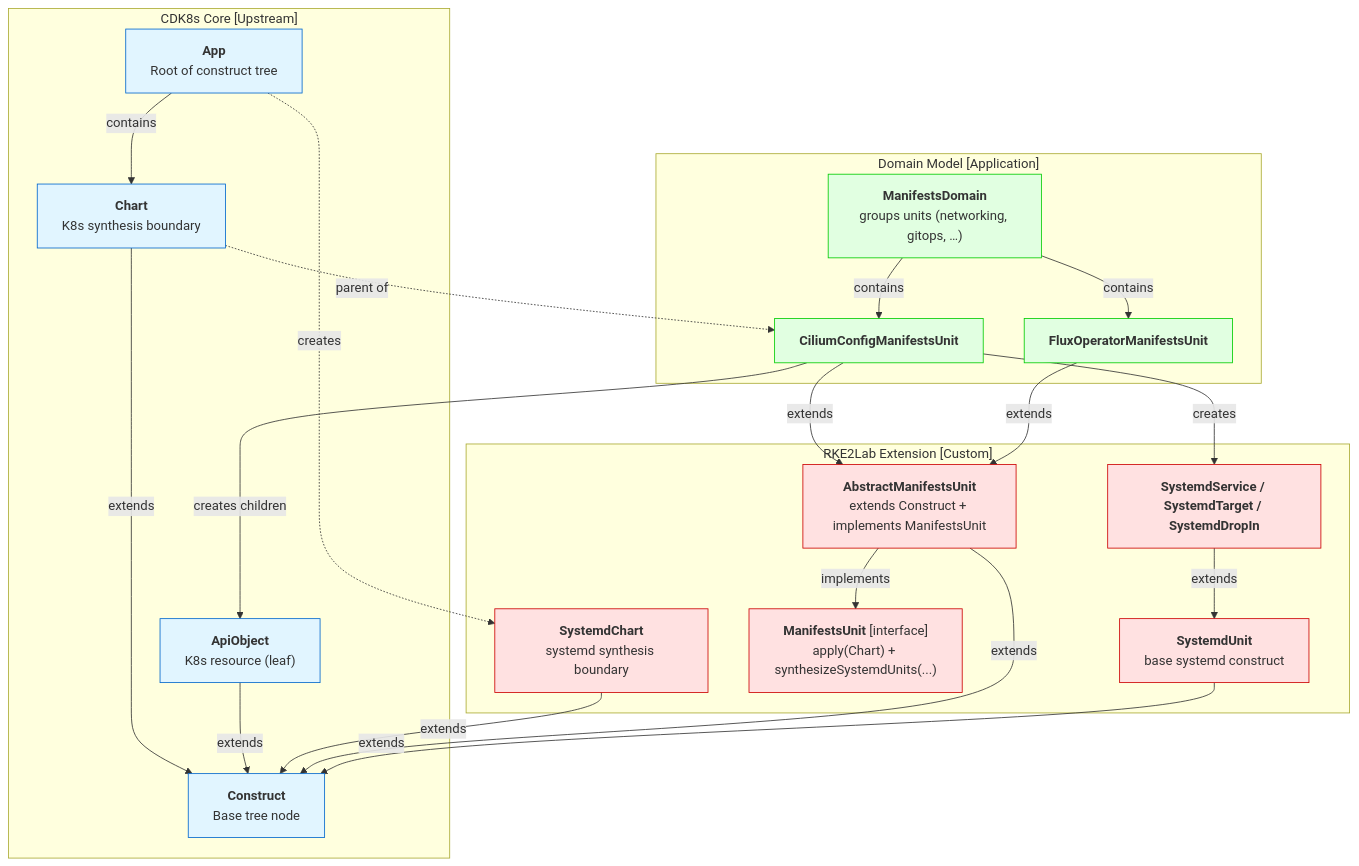
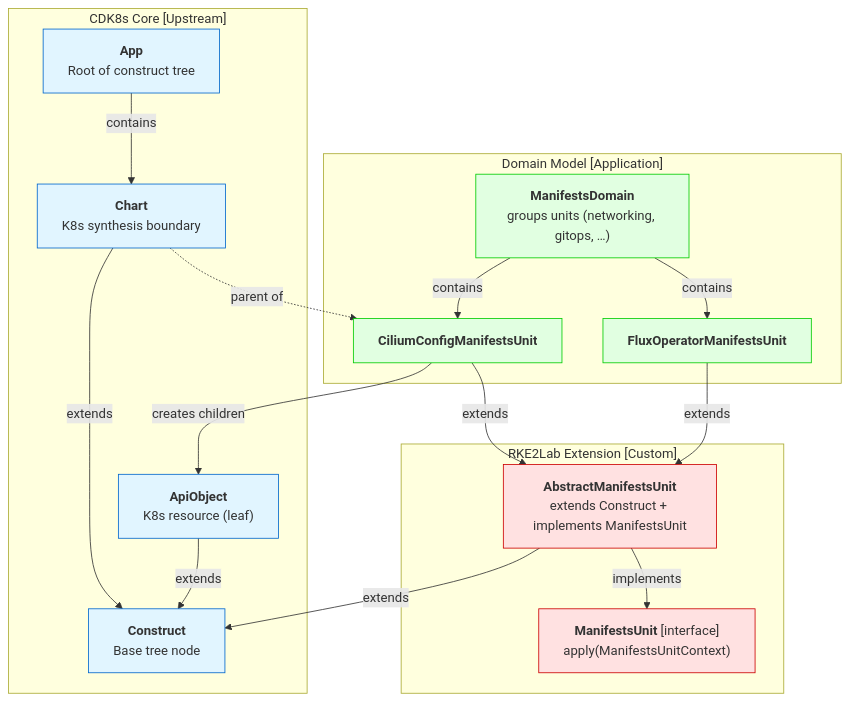
One commit to nxmatic/rke2lab changed the second of 6 diagrams in docs/architecture/manifests/manifests-architecture.adoc. Above: the diagram before and after it, drawn with Mermaid. The commit also changed other lines of this file and 114 other files, not shown here.

```diff
--- a/docs/architecture/manifests/manifests-architecture.adoc
+++ b/docs/architecture/manifests/manifests-architecture.adoc
@@ -274,57 +250,46 @@
 [mermaid]
 ----
 graph TB
     subgraph "CDK8s Core [Upstream]"
         CDK8sApp["<b>App</b><br/>Root of construct tree"]
         CDK8sChart["<b>Chart</b><br/>K8s synthesis boundary"]
         CDK8sConstruct["<b>Construct</b><br/>Base tree node"]
         CDK8sApiObject["<b>ApiObject</b><br/>K8s resource (leaf)"]
 
         CDK8sApp -->|contains| CDK8sChart
         CDK8sChart -->|extends| CDK8sConstruct
         CDK8sApiObject -->|extends| CDK8sConstruct
     end
 
     subgraph "RKE2Lab Extension [Custom]"
-        SystemdChart["<b>SystemdChart</b><br/>systemd synthesis boundary"]
         Abstract["<b>AbstractManifestsUnit</b><br/>extends Construct + implements ManifestsUnit"]
-        Iface["<b>ManifestsUnit</b> [interface]<br/>apply(Chart) + synthesizeSystemdUnits(...)"]
-        SystemdUnit["<b>SystemdUnit</b><br/>base systemd construct"]
-        SystemdService["<b>SystemdService / SystemdTarget / SystemdDropIn</b>"]
+        Iface["<b>ManifestsUnit</b> [interface]<br/>apply(ManifestsUnitContext)"]
 
-        SystemdChart -->|extends| CDK8sConstruct
         Abstract -->|extends| CDK8sConstruct
         Abstract -->|implements| Iface
-        SystemdUnit -->|extends| CDK8sConstruct
-        SystemdService -->|extends| SystemdUnit
     end
 
     subgraph "Domain Model [Application]"
         Domain["<b>ManifestsDomain</b><br/>groups units (networking, gitops, …)"]
         Cilium["<b>CiliumConfigManifestsUnit</b>"]
         Flux["<b>FluxOperatorManifestsUnit</b>"]
 
         Domain -->|contains| Cilium
         Domain -->|contains| Flux
         Cilium -->|extends| Abstract
         Flux -->|extends| Abstract
     end
 
-    CDK8sApp -.->|creates| SystemdChart
     CDK8sChart -.->|parent of| Cilium
     Cilium -->|creates children| CDK8sApiObject
-    Cilium -->|creates| SystemdService
 
     style CDK8sApp fill:#e1f5ff,stroke:#0066cc
     style CDK8sChart fill:#e1f5ff,stroke:#0066cc
     style CDK8sConstruct fill:#e1f5ff,stroke:#0066cc
     style CDK8sApiObject fill:#e1f5ff,stroke:#0066cc
-    style SystemdChart fill:#ffe1e1,stroke:#cc0000
     style Abstract fill:#ffe1e1,stroke:#cc0000
     style Iface fill:#ffe1e1,stroke:#cc0000
-    style SystemdUnit fill:#ffe1e1,stroke:#cc0000
-    style SystemdService fill:#ffe1e1,stroke:#cc0000
     style Domain fill:#e1ffe1,stroke:#00cc00
     style Cilium fill:#e1ffe1,stroke:#00cc00
     style Flux fill:#e1ffe1,stroke:#00cc00
 ----
```
